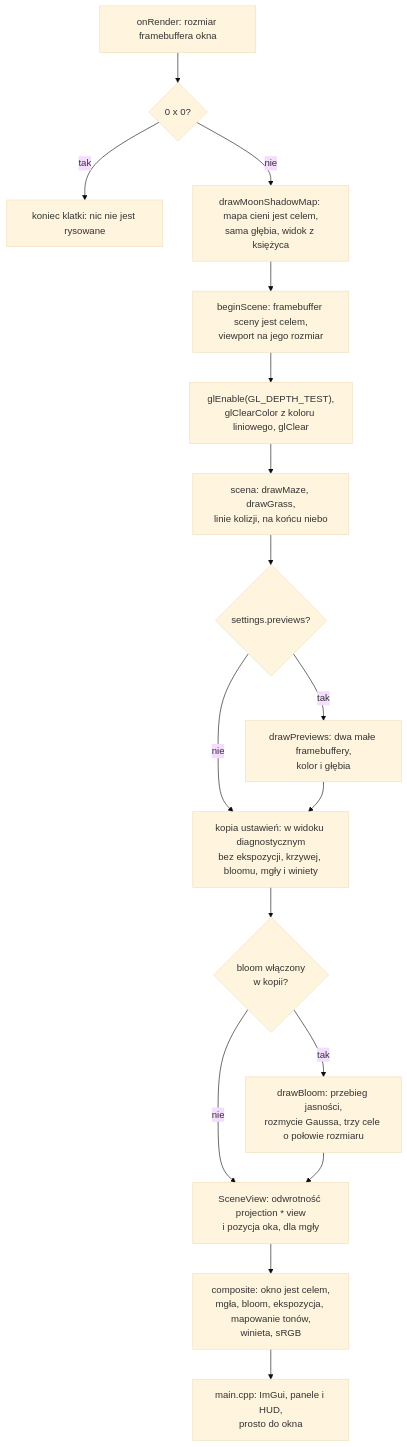
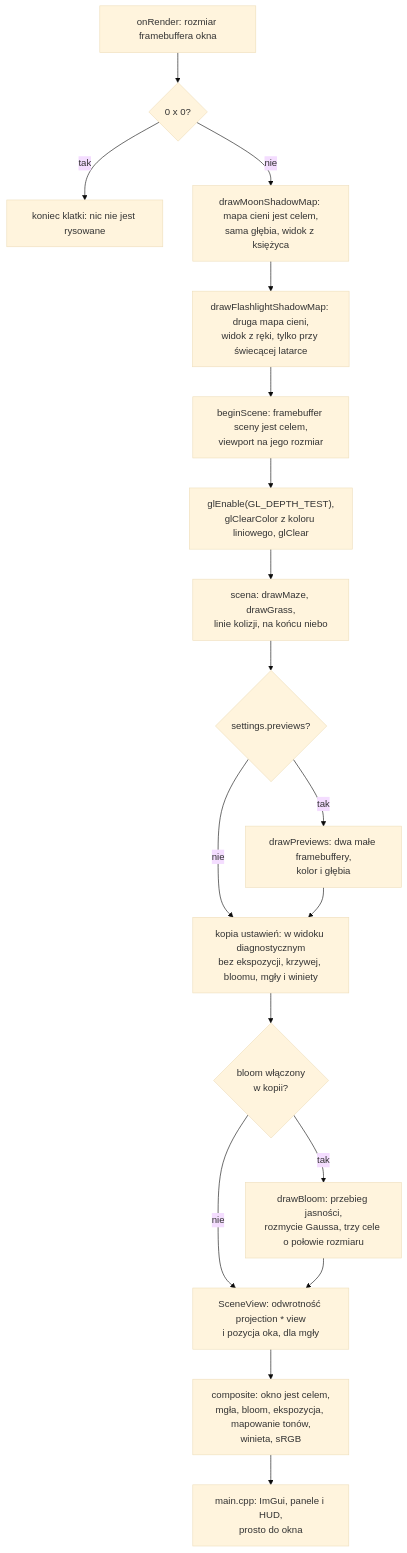
Before and after one commit to Shironex/night-maze: the second of 4 diagrams in docs/modules/renderer/post-process.md, drawn with Mermaid (base theme). The commit also changed other lines of this file and 68 other files, not shown here.

Commit message:
feat(game): cast flashlight shadows from the hand with a perspective shadow map

````diff
--- a/docs/modules/renderer/post-process.md
+++ b/docs/modules/renderer/post-process.md
@@ -268,19 +268,20 @@
 ```mermaid
 flowchart TD
     A["onRender: rozmiar framebuffera okna"] --> B{"0 x 0?"}
     B -->|tak| Z["koniec klatki: nic nie jest rysowane"]
     B -->|nie| S["drawMoonShadowMap: mapa cieni jest celem,<br/>sama głębia, widok z księżyca"]
-    S --> C["beginScene: framebuffer sceny jest celem,<br/>viewport na jego rozmiar"]
+    S --> S2["drawFlashlightShadowMap: druga mapa cieni,<br/>widok z ręki, tylko przy świecącej latarce"]
+    S2 --> C["beginScene: framebuffer sceny jest celem,<br/>viewport na jego rozmiar"]
     C --> D["glEnable(GL_DEPTH_TEST),<br/>glClearColor z koloru liniowego, glClear"]
     D --> E["scena: drawMaze, drawGrass,<br/>linie kolizji, na końcu niebo"]
     E --> F{"settings.previews?"}
     F -->|tak| G["drawPreviews: dwa małe framebuffery,<br/>kolor i głębia"]
     F -->|nie| K
     G --> K["kopia ustawień: w widoku diagnostycznym<br/>bez ekspozycji, krzywej, bloomu, mgły i winiety"]
     K --> L{"bloom włączony<br/>w kopii?"}
     L -->|tak| M["drawBloom: przebieg jasności,<br/>rozmycie Gaussa, trzy cele o połowie rozmiaru"]
     L -->|nie| V
     M --> V["SceneView: odwrotność projection * view<br/>i pozycja oka, dla mgły"]
     V --> H["composite: okno jest celem,<br/>mgła, bloom, ekspozycja, mapowanie tonów,<br/>winieta, sRGB"]
     H --> I["main.cpp: ImGui, panele i HUD,<br/>prosto do okna"]
 ```
````
